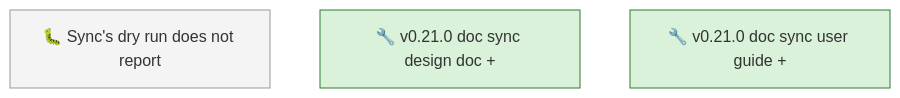
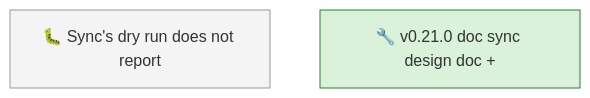
Before and after one commit to SpillwaveSolutions/wiki_ticket_sdd: the first of 2 diagrams in docs/roadmap.md, drawn with Mermaid. The commit also changed other lines of this file and 8 other files, not shown here.

First line of the commit message:
chore: close the v0.21.0 user-docs sync item (01KZ70HNTMN1AQHSX32XZ1J2X9)

````diff
--- a/docs/roadmap.md
+++ b/docs/roadmap.md
@@ -53,10 +51,9 @@
 ```mermaid
 graph TD
     01KZ31DGAQ2YDP6RMEMVNAWABH["🐛 Sync's dry run does not report"]
     01KZ70HNMFKYY9KZ0VXVAMD7S5["🔧 v0.21.0 doc sync design doc +"]
-    01KZ70HNTMN1AQHSX32XZ1J2X9["🔧 v0.21.0 doc sync user guide +"]
     classDef todo fill:#f4f4f4,stroke:#999999
     class 01KZ31DGAQ2YDP6RMEMVNAWABH todo
     classDef in_progress fill:#d9f2d9,stroke:#2e7d32
-    class 01KZ70HNMFKYY9KZ0VXVAMD7S5,01KZ70HNTMN1AQHSX32XZ1J2X9 in_progress
+    class 01KZ70HNMFKYY9KZ0VXVAMD7S5 in_progress
 ```
````
